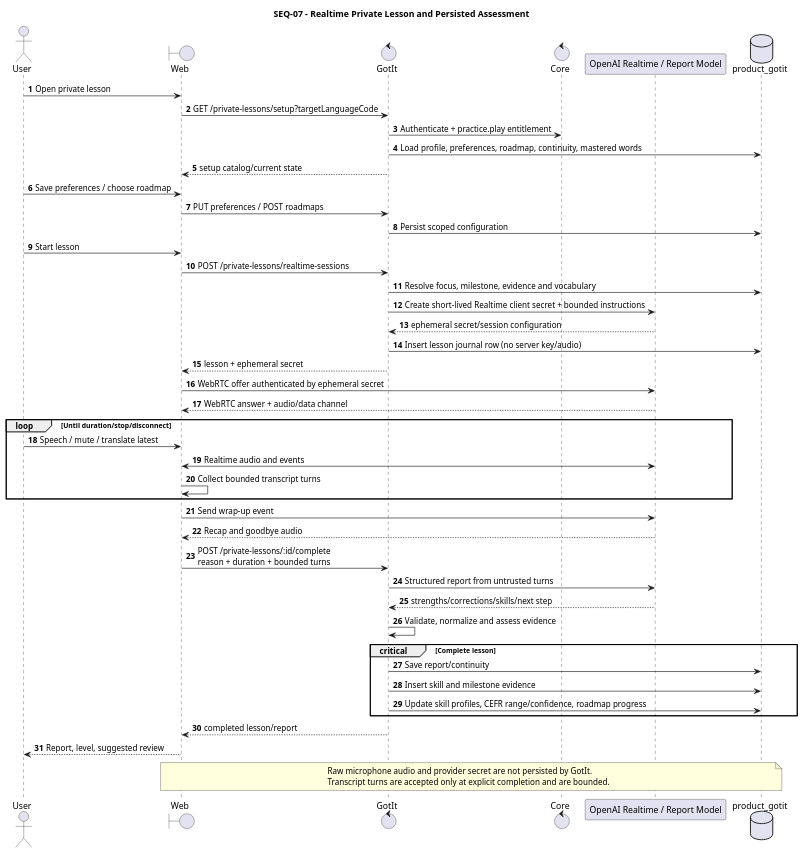
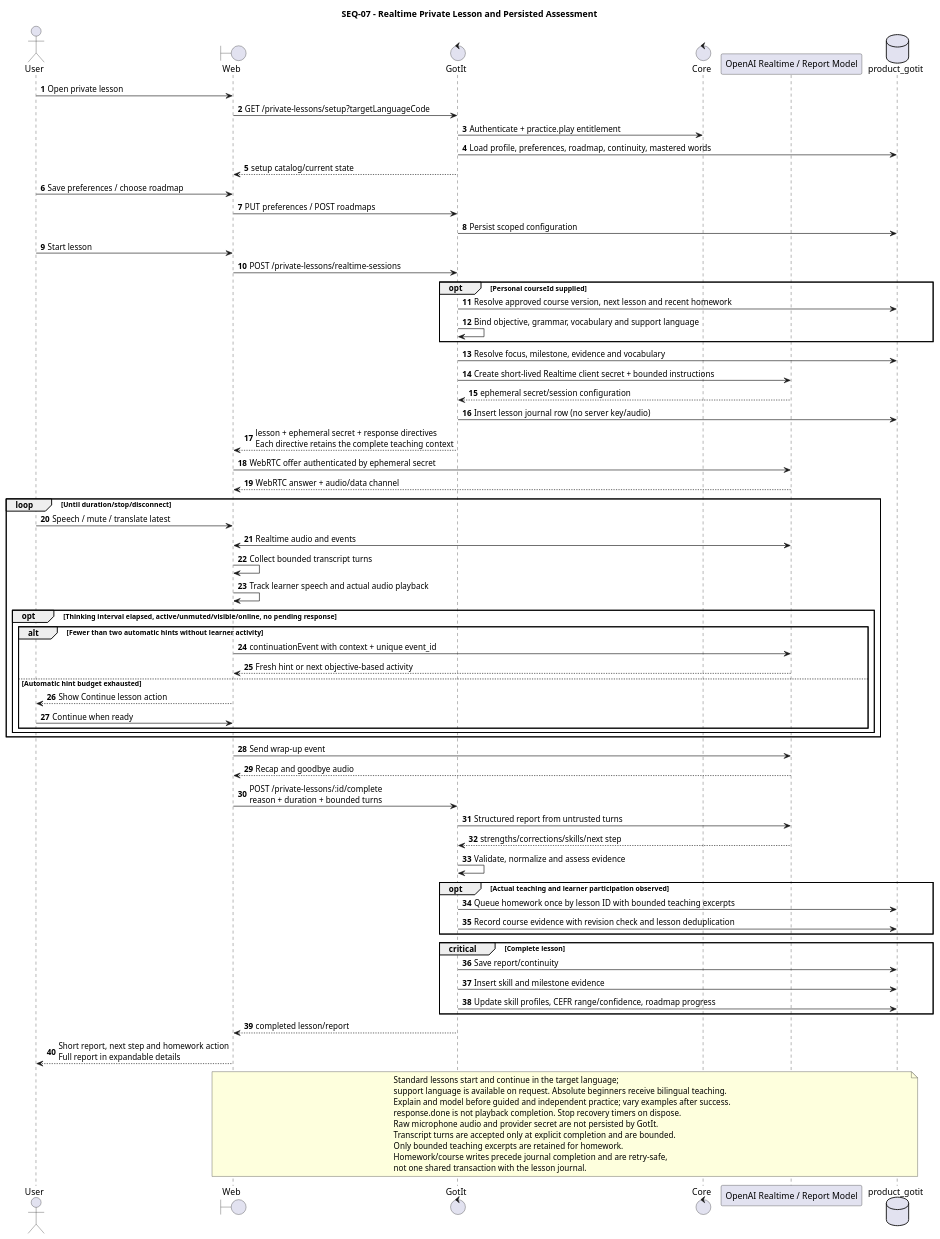
One commit to rbaseapp/gotit-project-spec changed the diagram in uml/07-private-lesson.puml. Above: the diagram before and after it, drawn with PlantUML. The commit also changed other lines of this file and 21 other files, not shown here.

First line of the commit message:
docs(spec): document personal courses and homework implementation

```diff
--- a/uml/07-private-lesson.puml
+++ b/uml/07-private-lesson.puml
@@ -1,50 +1,75 @@
 @startuml
 title SEQ-07 - Realtime Private Lesson and Persisted Assessment
 autonumber
 actor User
 boundary Web
 control GotIt
 control Core
 participant OpenAI as "OpenAI Realtime / Report Model"
 database DB as "product_gotit"
 
 User -> Web: Open private lesson
 Web -> GotIt: GET /private-lessons/setup?targetLanguageCode
 GotIt -> Core: Authenticate + practice.play entitlement
 GotIt -> DB: Load profile, preferences, roadmap, continuity, mastered words
 GotIt --> Web: setup catalog/current state
 User -> Web: Save preferences / choose roadmap
 Web -> GotIt: PUT preferences / POST roadmaps
 GotIt -> DB: Persist scoped configuration
 User -> Web: Start lesson
 Web -> GotIt: POST /private-lessons/realtime-sessions
+opt Personal courseId supplied
+  GotIt -> DB: Resolve approved course version, next lesson and recent homework
+  GotIt -> GotIt: Bind objective, grammar, vocabulary and support language
+end
 GotIt -> DB: Resolve focus, milestone, evidence and vocabulary
 GotIt -> OpenAI: Create short-lived Realtime client secret + bounded instructions
 OpenAI --> GotIt: ephemeral secret/session configuration
 GotIt -> DB: Insert lesson journal row (no server key/audio)
-GotIt --> Web: lesson + ephemeral secret
+GotIt --> Web: lesson + ephemeral secret + response directives\nEach directive retains the complete teaching context
 Web -> OpenAI: WebRTC offer authenticated by ephemeral secret
 OpenAI --> Web: WebRTC answer + audio/data channel
 loop Until duration/stop/disconnect
   User -> Web: Speech / mute / translate latest
   Web <-> OpenAI: Realtime audio and events
   Web -> Web: Collect bounded transcript turns
+  Web -> Web: Track learner speech and actual audio playback
+  opt Thinking interval elapsed, active/unmuted/visible/online, no pending response
+    alt Fewer than two automatic hints without learner activity
+      Web -> OpenAI: continuationEvent with context + unique event_id
+      OpenAI --> Web: Fresh hint or next objective-based activity
+    else Automatic hint budget exhausted
+      Web --> User: Show Continue lesson action
+      User -> Web: Continue when ready
+    end
+  end
 end
 Web -> OpenAI: Send wrap-up event
 OpenAI --> Web: Recap and goodbye audio
 Web -> GotIt: POST /private-lessons/:id/complete\nreason + duration + bounded turns
 GotIt -> OpenAI: Structured report from untrusted turns
 OpenAI --> GotIt: strengths/corrections/skills/next step
 GotIt -> GotIt: Validate, normalize and assess evidence
+opt Actual teaching and learner participation observed
+  GotIt -> DB: Queue homework once by lesson ID with bounded teaching excerpts
+  GotIt -> DB: Record course evidence with revision check and lesson deduplication
+end
 critical Complete lesson
   GotIt -> DB: Save report/continuity
   GotIt -> DB: Insert skill and milestone evidence
   GotIt -> DB: Update skill profiles, CEFR range/confidence, roadmap progress
 end
 GotIt --> Web: completed lesson/report
-Web --> User: Report, level, suggested review
+Web --> User: Short report, next step and homework action\nFull report in expandable details
 note over Web,DB
+Standard lessons start and continue in the target language;
+support language is available on request. Absolute beginners receive bilingual teaching.
+Explain and model before guided and independent practice; vary examples after success.
+response.done is not playback completion. Stop recovery timers on dispose.
 Raw microphone audio and provider secret are not persisted by GotIt.
 Transcript turns are accepted only at explicit completion and are bounded.
+Only bounded teaching excerpts are retained for homework.
+Homework/course writes precede journal completion and are retry-safe,
+not one shared transaction with the lesson journal.
 end note
 @enduml
```
